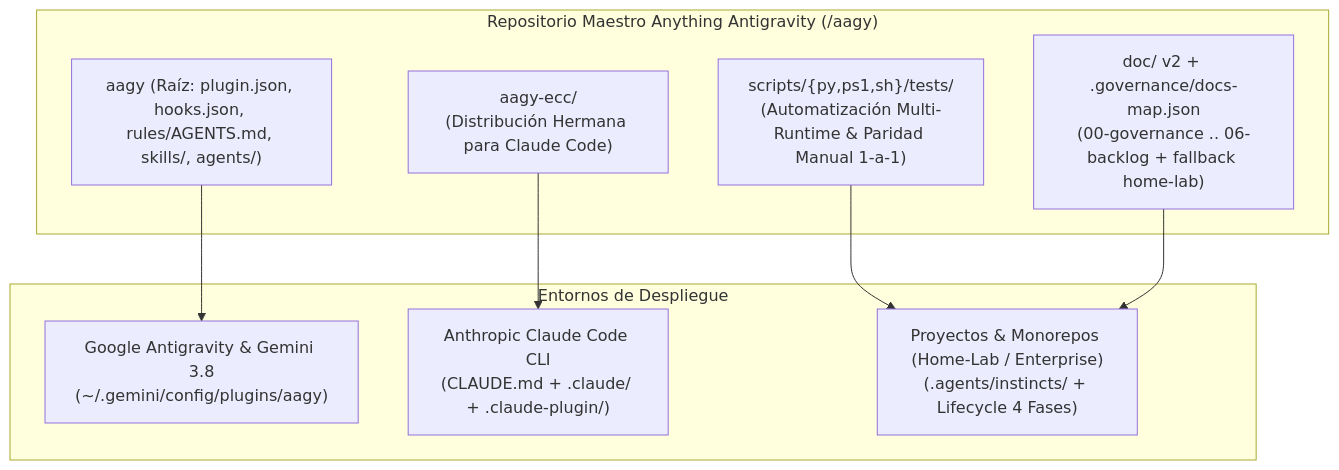
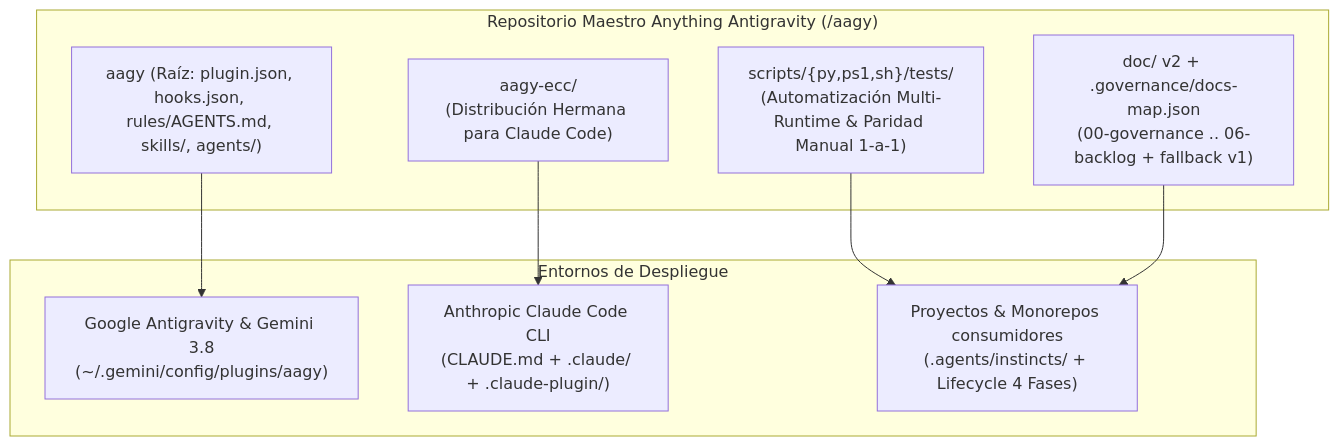
Before and after one commit to ACB75/aagy: the diagram in README.md, drawn with Mermaid. The commit also changed other lines of this file and 137 other files, not shown here.

First line of the commit message:
[refactor]-[aagy,aagy-ecc,scripts,doc]: sacar del repo las referencias a proyectos consumidores (#121)

````diff
--- a/README.md
+++ b/README.md
@@ -12,20 +12,20 @@
 ```mermaid
 flowchart TD
     subgraph Core["Repositorio Maestro Anything Antigravity (/aagy)"]
         Root["aagy (Raíz: plugin.json, hooks.json, rules/AGENTS.md, skills/, agents/)"]
         Scripts["scripts/{py,ps1,sh}/tests/<br/>(Automatización Multi-Runtime & Paridad Manual 1-a-1)"]
-        Docs["doc/ v2 + .governance/docs-map.json<br/>(00-governance .. 06-backlog + fallback home-lab)"]
+        Docs["doc/ v2 + .governance/docs-map.json<br/>(00-governance .. 06-backlog + fallback v1)"]
         SubPlugin["aagy-ecc/<br/>(Distribución Hermana para Claude Code)"]
     end
 
     subgraph Targets["Entornos de Despliegue"]
         AGY["Google Antigravity & Gemini 3.8<br/>(~/.gemini/config/plugins/aagy)"]
         Claude["Anthropic Claude Code CLI<br/>(CLAUDE.md + .claude/ + .claude-plugin/)"]
-        Projects["Proyectos & Monorepos (Home-Lab / Enterprise)<br/>(.agents/instincts/ + Lifecycle 4 Fases)"]
+        Projects["Proyectos & Monorepos consumidores<br/>(.agents/instincts/ + Lifecycle 4 Fases)"]
     end
 
     Root --> AGY
     SubPlugin --> Claude
     Scripts --> Projects
     Docs --> Projects
 ```
````
